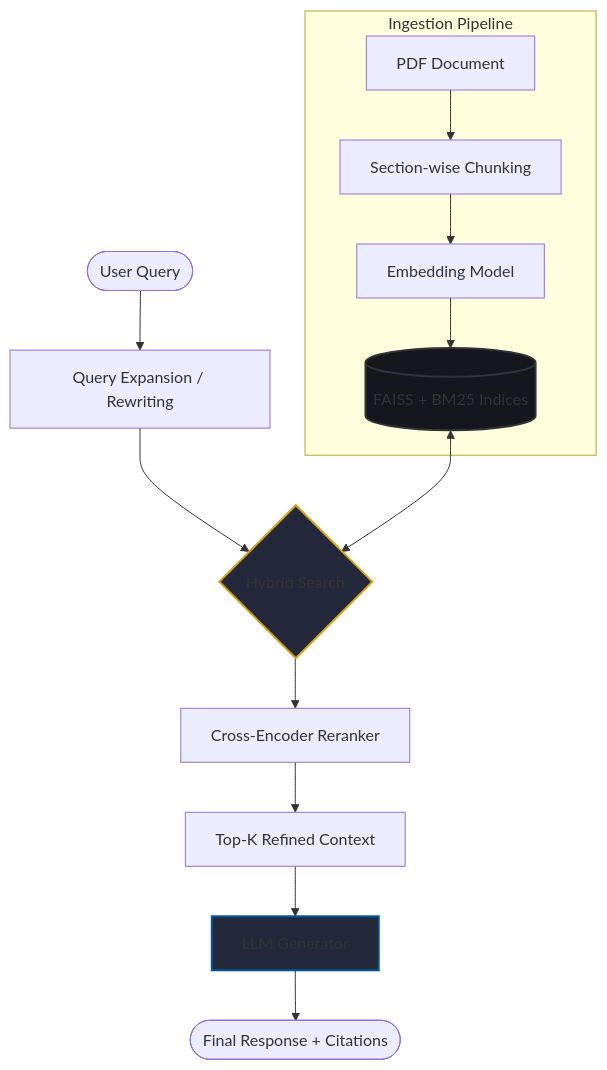
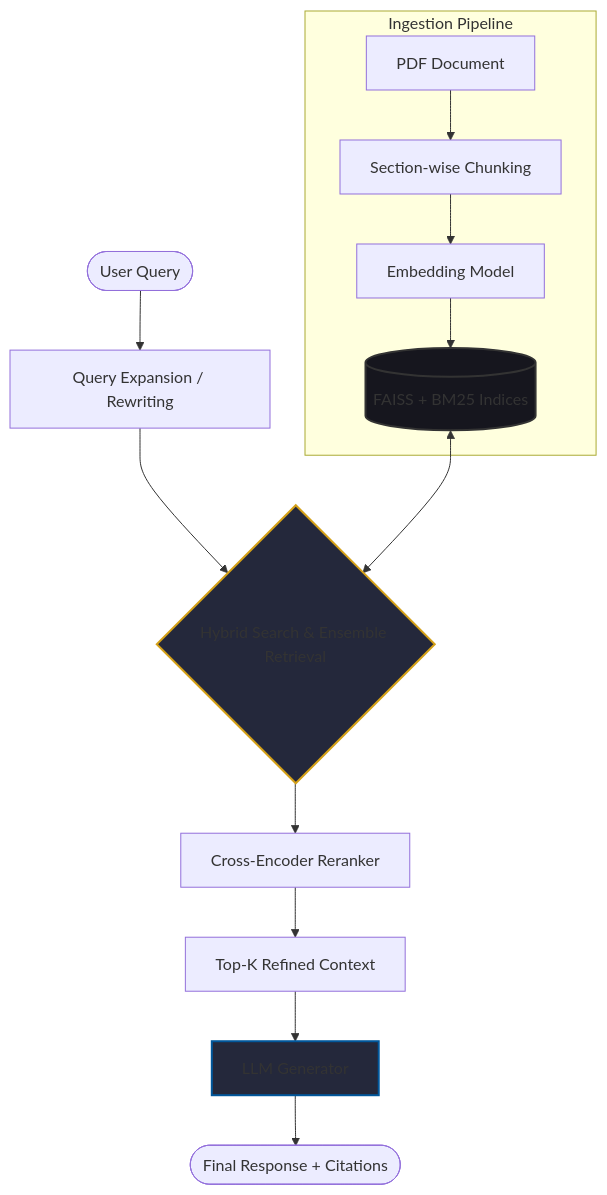
One commit to abdulbari80/Advanced-RAG-Chatbot-with-Hybrid-Search-and-Reranker changed the diagram in README.md. Above: the diagram before and after it, drawn with Mermaid. The commit also changed other lines of this file, not shown here.

````diff
--- a/README.md
+++ b/README.md
@@ -2,27 +2,27 @@
 ```mermaid
 graph TD
     %% Define the Ingestion Flow
     subgraph Ingestion_Pipeline [Ingestion Pipeline]
         Docs[PDF Document] --> Chunking[Section-wise Chunking]
         Chunking --> Embed[Embedding Model]
         Embed --> VDB[(FAISS + BM25 Indices)]
     end
 
     %% Define the Retrieval Flow
     User([User Query]) --> Rewrite[Query Expansion / Rewriting]
-    Rewrite --> Retrieval{Hybrid Search}
+    Rewrite --> Retrieval{Hybrid Search & Ensemble Retrieval}
     
     VDB <--> Retrieval
     
     Retrieval --> Rerank[Cross-Encoder Reranker]
     Rerank --> Context[Top-K Refined Context]
     
     %% Define the Generation Flow
     Context --> LLM[LLM Generator]
     LLM --> Out([Final Response + Citations])
 
     %% Professional Styling
     style VDB fill:#16161e,stroke:#333,stroke-width:2px
     style Retrieval fill:#24283b,stroke:#d4a017,stroke-width:2px
     style LLM fill:#24283b,stroke:#01579b,stroke-width:2px
 ```
````
